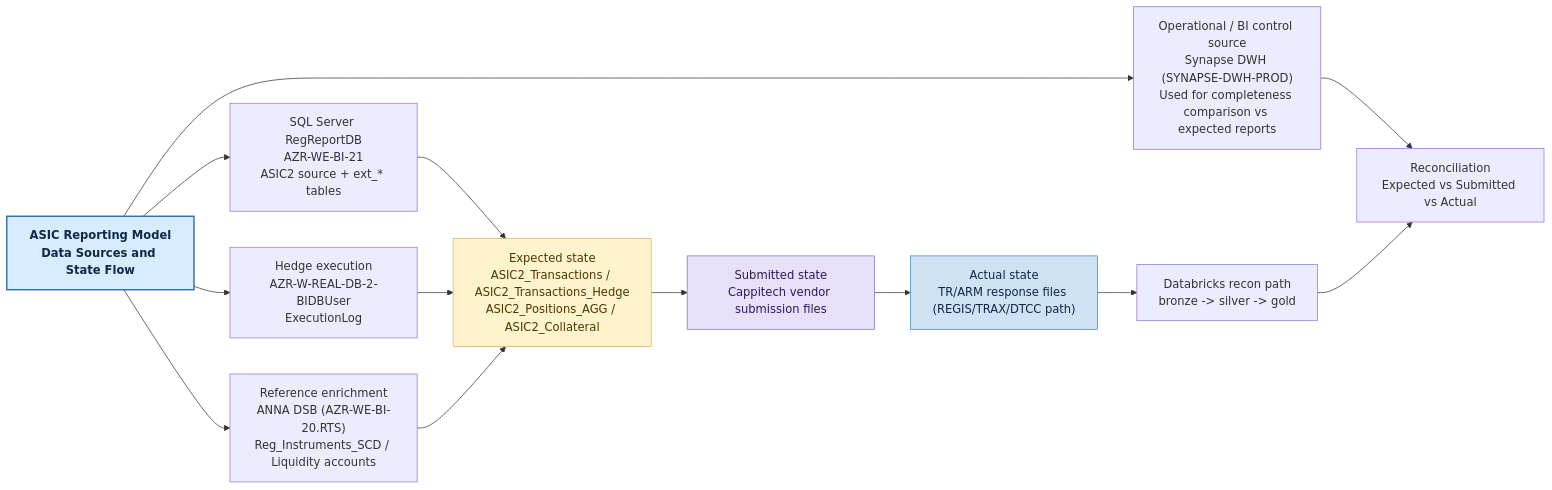
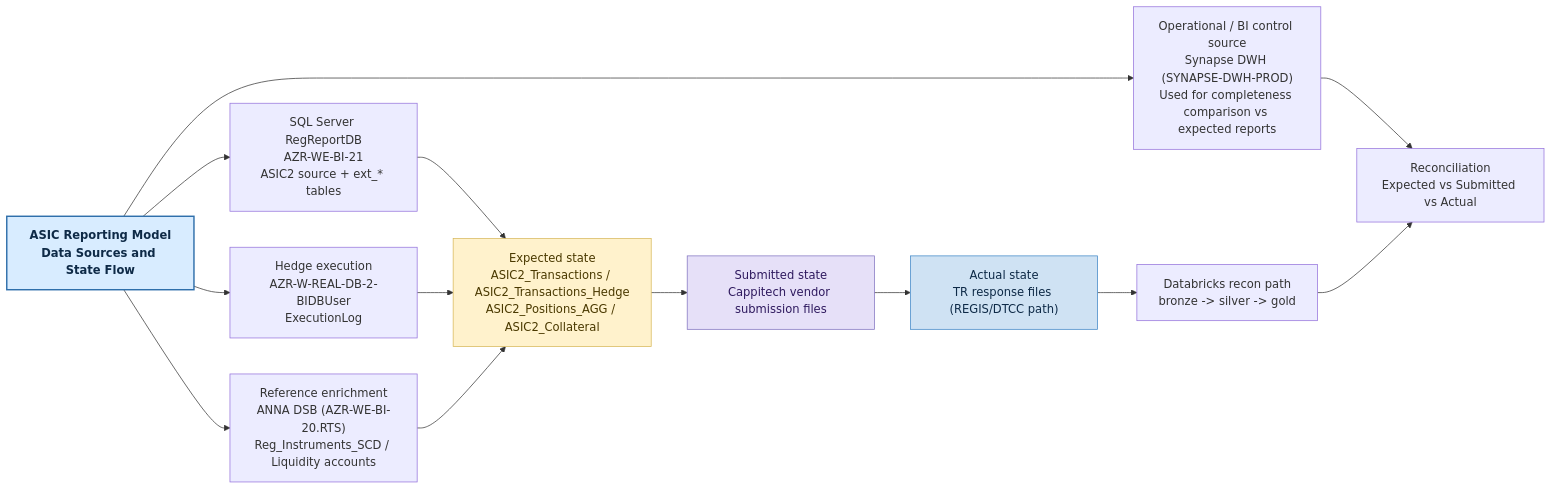
One commit to valentinosko-hub/RegTech changed the diagram in regtech-automation-project/diagrams/reporting-model-asic-data-sources.mmd. Above: the diagram before and after it, drawn with Mermaid. The commit also changed 14 other files, not shown here.

Commit message:
Clarify MiFID ARM vs EMIR/ASIC TR taxonomy across diagrams

```diff
--- a/regtech-automation-project/diagrams/reporting-model-asic-data-sources.mmd
+++ b/regtech-automation-project/diagrams/reporting-model-asic-data-sources.mmd
@@ -1,33 +1,33 @@
 flowchart LR
   TITLE["ASIC Reporting Model<br/>Data Sources and State Flow"]
   SRC1["Operational / BI control source<br/>Synapse DWH (SYNAPSE-DWH-PROD)<br/>Used for completeness comparison vs expected reports"]
   SRC2["SQL Server RegReportDB<br/>AZR-WE-BI-21<br/>ASIC2 source + ext_* tables"]
   SRC3["Hedge execution<br/>AZR-W-REAL-DB-2-BIDBUser<br/>ExecutionLog"]
   SRC4["Reference enrichment<br/>ANNA DSB (AZR-WE-BI-20.RTS)<br/>Reg_Instruments_SCD / Liquidity accounts"]
 
   EXP["Expected state<br/>ASIC2_Transactions / ASIC2_Transactions_Hedge<br/>ASIC2_Positions_AGG / ASIC2_Collateral"]
   SUB["Submitted state<br/>Cappitech vendor submission files"]
-  ACT["Actual state<br/>TR/ARM response files (REGIS/TRAX/DTCC path)"]
+  ACT["Actual state<br/>TR response files (REGIS/DTCC path)"]
   DBX["Databricks recon path<br/>bronze -> silver -> gold"]
   REC["Reconciliation<br/>Expected vs Submitted vs Actual"]
 
   TITLE --> SRC1
   TITLE --> SRC2
   TITLE --> SRC3
   TITLE --> SRC4
 
   SRC1 --> REC
   SRC2 --> EXP
   SRC3 --> EXP
   SRC4 --> EXP
   EXP --> SUB --> ACT --> DBX --> REC
 
   classDef title fill:#d8ecff,stroke:#2f6fab,stroke-width:2px,color:#0e2a47,font-weight:bold;
   classDef expected fill:#fff2cc,stroke:#d6b656,color:#4a3900;
   classDef submitted fill:#e6e0f8,stroke:#7f70bf,color:#2f1a5f;
   classDef actual fill:#cfe2f3,stroke:#3d85c6,color:#0e2a47;
 
   class TITLE title;
   class EXP expected;
   class SUB submitted;
   class ACT actual;
```
